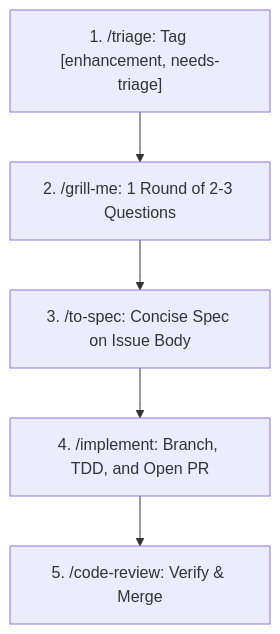
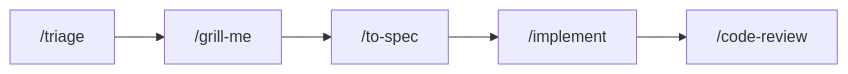
One commit to jackmaders/watchpoint changed the fourth of 7 diagrams in docs/agents/workflows.md. Above: the diagram before and after it, drawn with Mermaid. The commit also changed other lines of this file, not shown here.

````diff
--- a/docs/agents/workflows.md
+++ b/docs/agents/workflows.md
@@ -102,7 +66,7 @@
 ```mermaid
-graph TD
-    A["1. /triage: Tag [enhancement, needs-triage]"] --> B["2. /grill-me: 1 Round of 2-3 Questions"]
-    B --> C["3. /to-spec: Concise Spec on Issue Body"]
-    C --> D["4. /implement: Branch, TDD, and Open PR"]
-    D --> E["5. /code-review: Verify & Merge"]
+graph LR
+    A["/triage"] --> B["/grill-me"]
+    B --> C["/to-spec"]
+    C --> D["/implement"]
+    D --> E["/code-review"]
 ```
````
